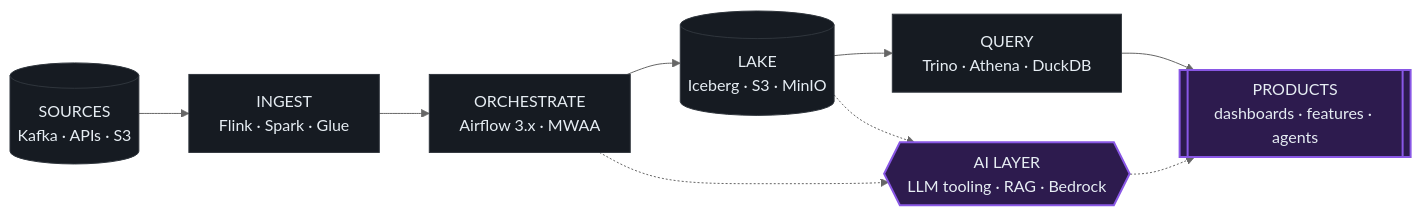
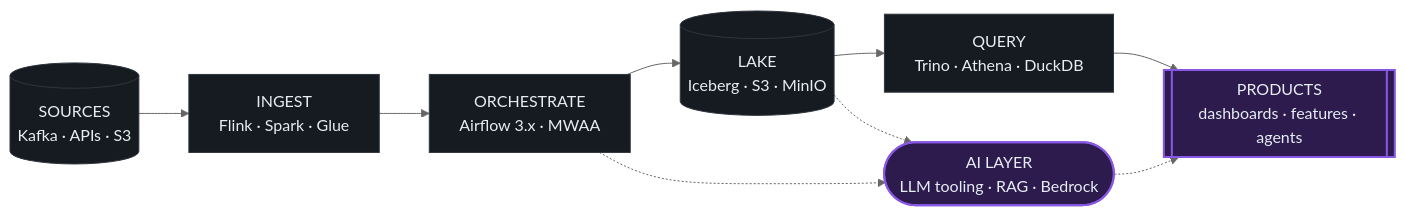
One commit to avikbesu/avikbesu changed the diagram in README.md. Above: the diagram before and after it, drawn with Mermaid (neutral theme). The commit also changed other lines of this file and 2 other files, not shown here.

````diff
--- a/README.md
+++ b/README.md
@@ -20,19 +20,19 @@
 ```mermaid
 flowchart LR
     A[("SOURCES<br/>Kafka · APIs · S3")]
     B["INGEST<br/>Flink · Spark · Glue"]
     C["ORCHESTRATE<br/>Airflow 3.x · MWAA"]
     D[("LAKE<br/>Iceberg · S3 · MinIO")]
     E["QUERY<br/>Trino · Athena · DuckDB"]
-    F{{"AI LAYER<br/>LLM tooling · RAG · Bedrock"}}
+    F(["AI LAYER<br/>LLM tooling · RAG · Bedrock"])
     G[["PRODUCTS<br/>dashboards · features · agents"]]
 
     A --> B --> C --> D --> E --> G
     D -.-> F -.-> G
     C -.-> F
 
     classDef ai fill:#2D1B4E,stroke:#8957E5,stroke-width:2px,color:#E6EDF3;
     classDef core fill:#161B22,stroke:#30363D,color:#E6EDF3;
     class F,G ai;
     class A,B,C,D,E core;
 ```
````
